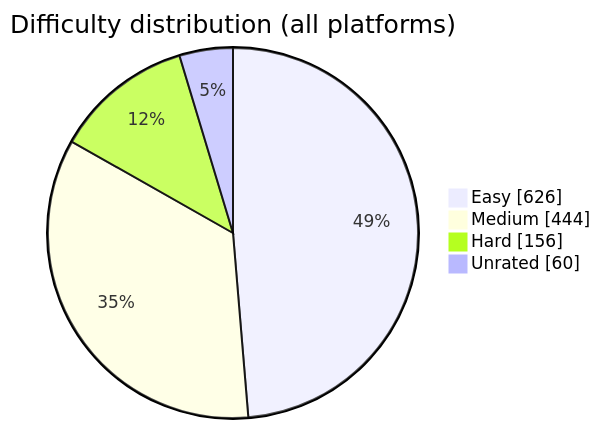
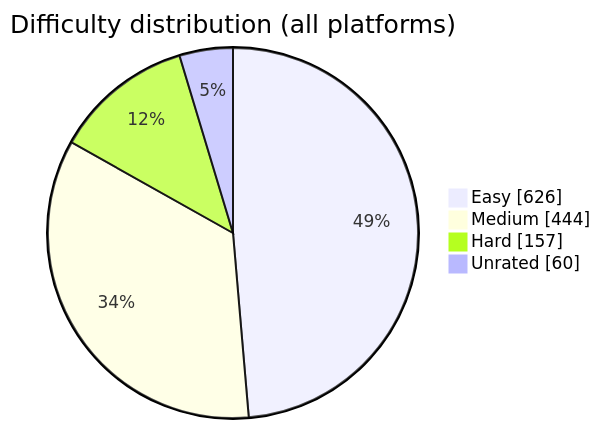
Before and after one commit to BuildbyArindam/Daily-Coding-Log: the diagram in README.md, drawn with Mermaid. The commit also changed other lines of this file, not shown here.

````diff
--- a/README.md
+++ b/README.md
@@ -93,7 +93,7 @@
 ```mermaid
 pie showData title Difficulty distribution (all platforms)
     "Easy" : 626
     "Medium" : 444
-    "Hard" : 156
+    "Hard" : 157
     "Unrated" : 60
 ```
````
